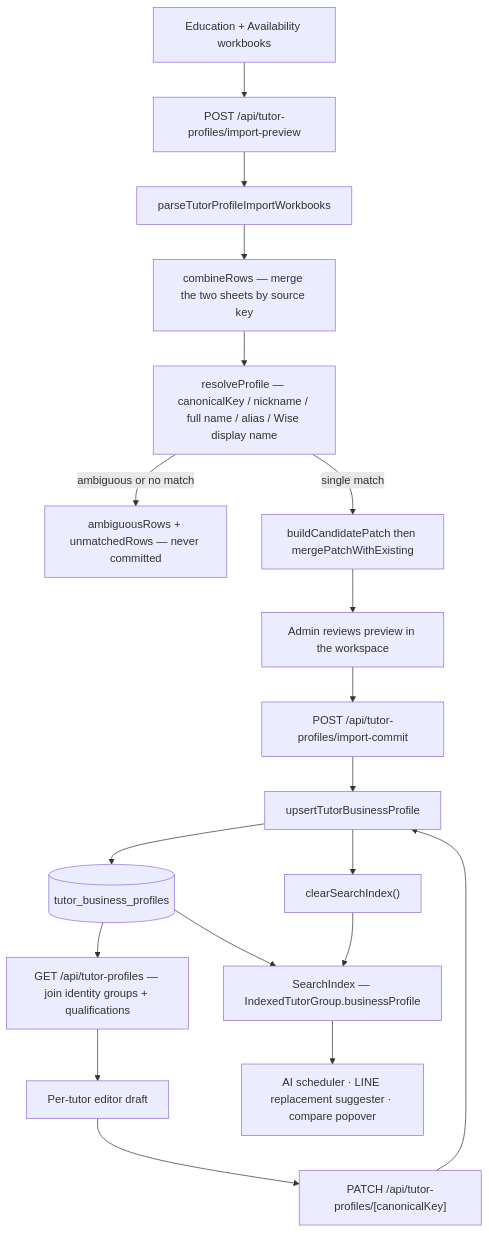
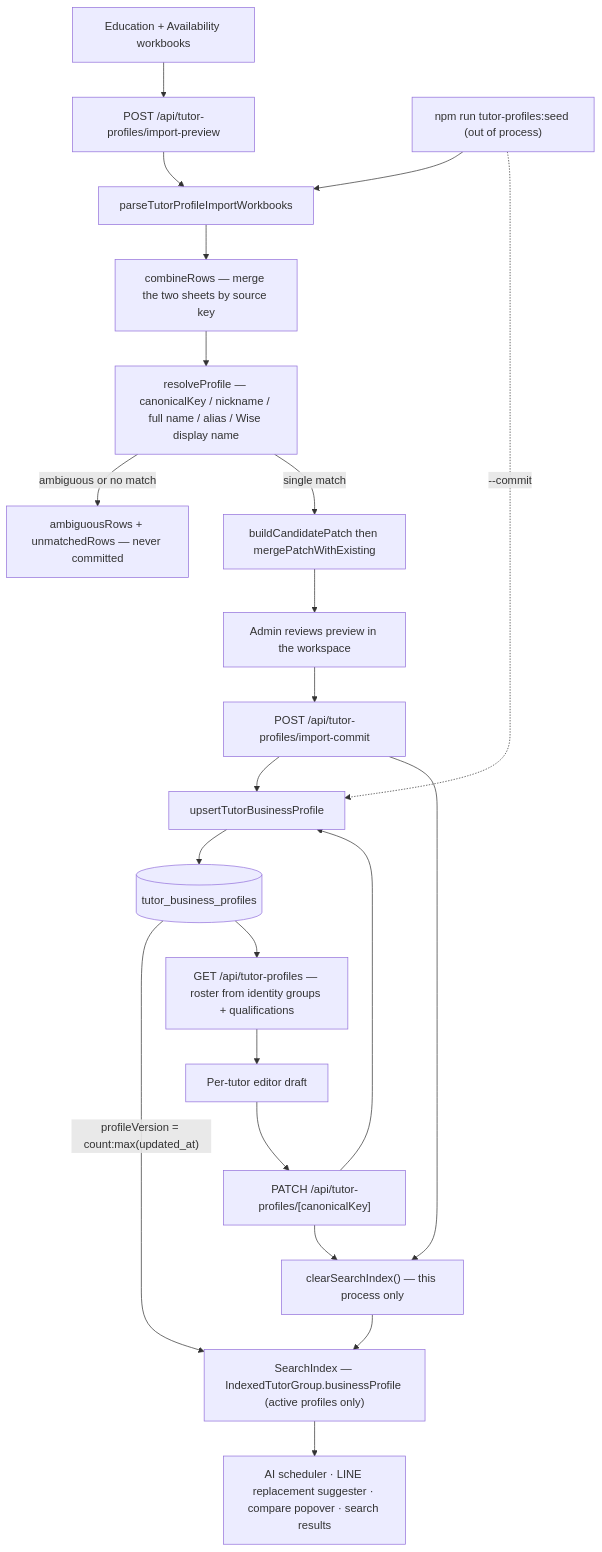
Before and after one commit to kasheesh711/bgscheduler: the diagram in docs/features/tutor-profiles.md, drawn with Mermaid. The commit also changed other lines of this file and 95 other files, not shown here.

````diff
--- a/docs/features/tutor-profiles.md
+++ b/docs/features/tutor-profiles.md
@@ -67,21 +69,24 @@
 ```mermaid
 flowchart TD
     XLSX["Education + Availability workbooks"] --> PREVIEW["POST /api/tutor-profiles/import-preview"]
+    SEED["npm run tutor-profiles:seed (out of process)"] --> PARSE
     PREVIEW --> PARSE["parseTutorProfileImportWorkbooks"]
     PARSE --> COMBINE["combineRows — merge the two sheets by source key"]
     COMBINE --> MATCH["resolveProfile — canonicalKey / nickname / full name / alias / Wise display name"]
     MATCH -->|ambiguous or no match| BUCKETS["ambiguousRows + unmatchedRows — never committed"]
     MATCH -->|single match| MERGE["buildCandidatePatch then mergePatchWithExisting"]
     MERGE --> REVIEW["Admin reviews preview in the workspace"]
     REVIEW --> COMMIT["POST /api/tutor-profiles/import-commit"]
     EDITOR["Per-tutor editor draft"] --> PATCH["PATCH /api/tutor-profiles/[canonicalKey]"]
     COMMIT --> UPSERT["upsertTutorBusinessProfile"]
     PATCH --> UPSERT
+    SEED -.->|--commit| UPSERT
     UPSERT --> TABLE[("tutor_business_profiles")]
-    UPSERT --> CLEAR["clearSearchIndex()"]
-    TABLE --> INDEX["SearchIndex — IndexedTutorGroup.businessProfile"]
+    PATCH --> CLEAR["clearSearchIndex() — this process only"]
+    COMMIT --> CLEAR
+    TABLE -->|"profileVersion = count:max(updated_at)"| INDEX["SearchIndex — IndexedTutorGroup.businessProfile (active profiles only)"]
     CLEAR --> INDEX
-    INDEX --> CONSUMERS["AI scheduler · LINE replacement suggester · compare popover"]
-    TABLE --> LIST["GET /api/tutor-profiles — join identity groups + qualifications"]
+    INDEX --> CONSUMERS["AI scheduler · LINE replacement suggester · compare popover · search results"]
+    TABLE --> LIST["GET /api/tutor-profiles — roster from identity groups + qualifications"]
     LIST --> EDITOR
 ```
````
